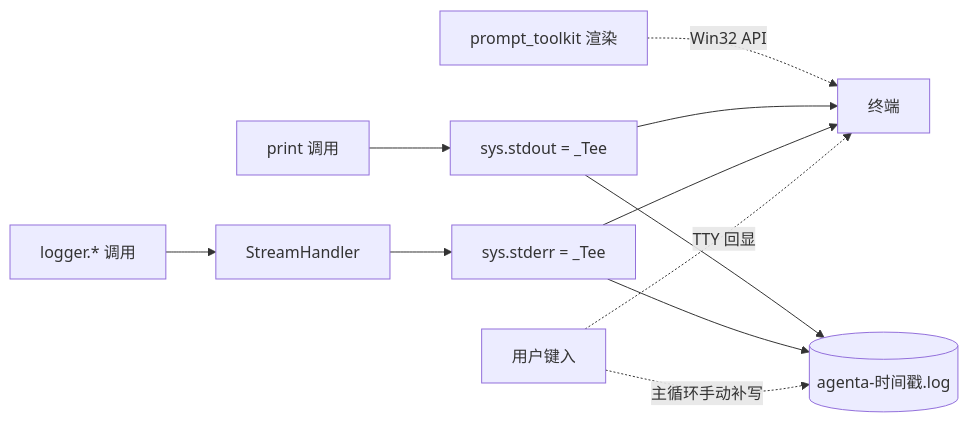
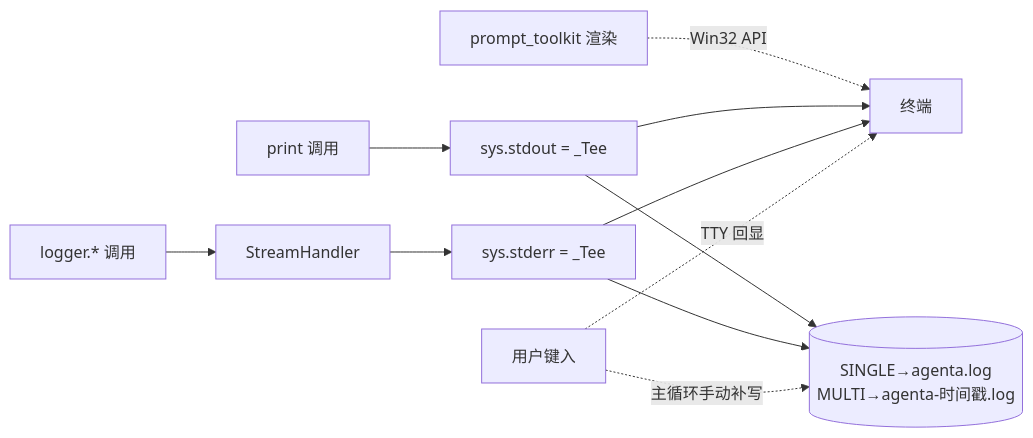
Before and after one commit to michaelwangzhenan/AgentA: the first of 2 diagrams in docs/iter_8_debugging.md, drawn with Mermaid. The commit also changed other lines of this file and 11 other files, not shown here.

````diff
--- a/docs/iter_8_debugging.md
+++ b/docs/iter_8_debugging.md
@@ -16,12 +19,12 @@
 ```mermaid
 flowchart LR
     P[print 调用] --> O[sys.stdout = _Tee]
     L[logger.* 调用] --> H[StreamHandler] --> E[sys.stderr = _Tee]
     PT[prompt_toolkit 渲染] -. Win32 API .-> T[终端]
     O --> T
-    O --> F[(agenta-时间戳.log)]
+    O --> F[(SINGLE→agenta.log<br/>MULTI→agenta-时间戳.log)]
     E --> T
     E --> F
     UI[用户键入] -. TTY 回显 .-> T
     UI -. 主循环手动补写 .-> F
 ```
````
